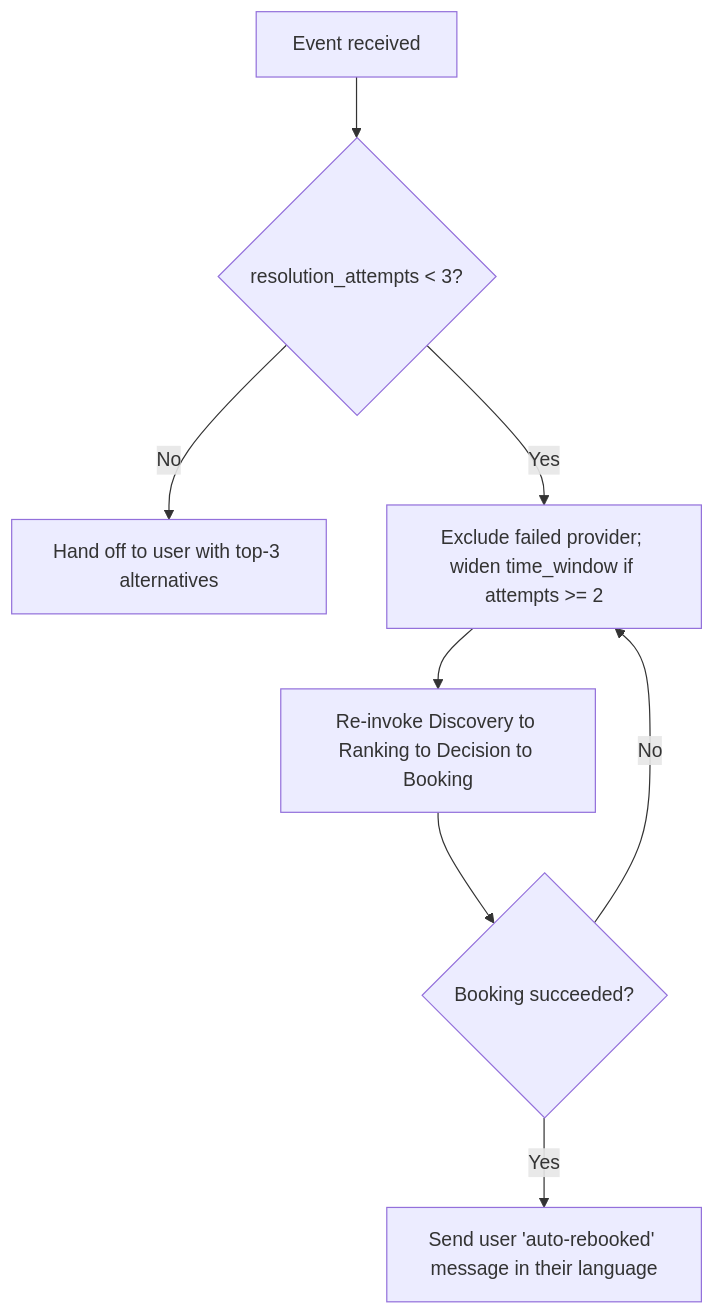
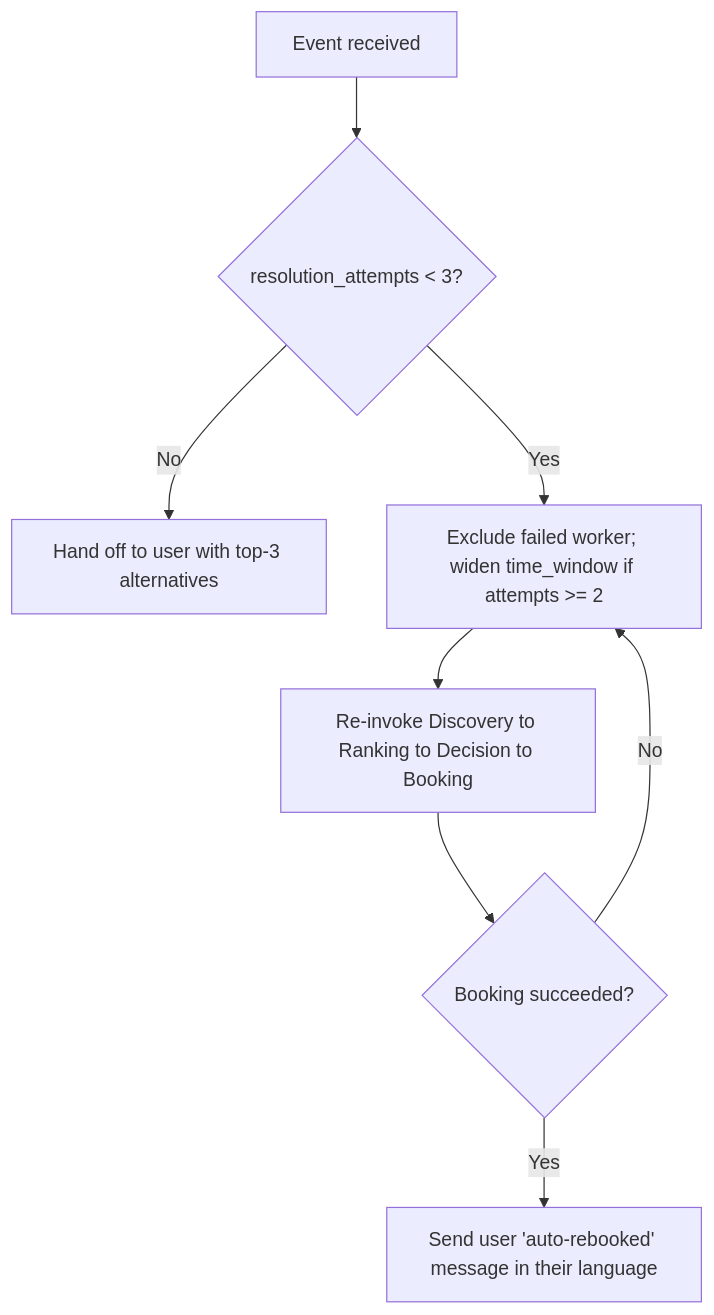
Before and after one commit to muhammadhaider02/karigar.pk: the diagram in skills/conflict-resolution-policy.md, drawn with Mermaid. The commit also changed other lines of this file and 43 other files, not shown here.

````diff
--- a/skills/conflict-resolution-policy.md
+++ b/skills/conflict-resolution-policy.md
@@ -51,10 +51,10 @@
 ```mermaid
 flowchart TB
     Start[Event received] --> Check{resolution_attempts < 3?}
     Check -- No --> HandOff[Hand off to user with top-3 alternatives]
-    Check -- Yes --> ExcludeWiden[Exclude failed provider; widen time_window if attempts >= 2]
+    Check -- Yes --> ExcludeWiden[Exclude failed worker; widen time_window if attempts >= 2]
     ExcludeWiden --> Rerun[Re-invoke Discovery to Ranking to Decision to Booking]
     Rerun --> Result{Booking succeeded?}
     Result -- Yes --> Notify[Send user 'auto-rebooked' message in their language]
     Result -- No --> ExcludeWiden
 ```
````
